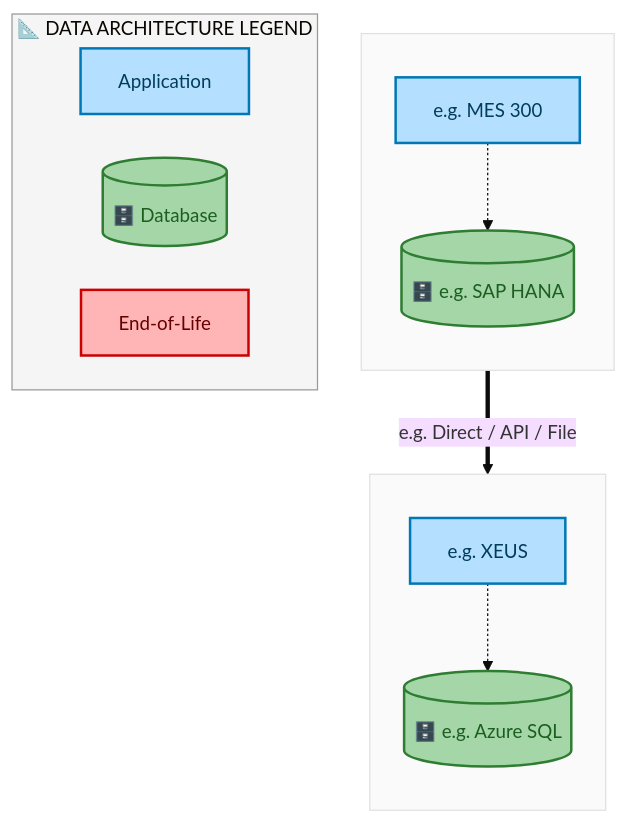
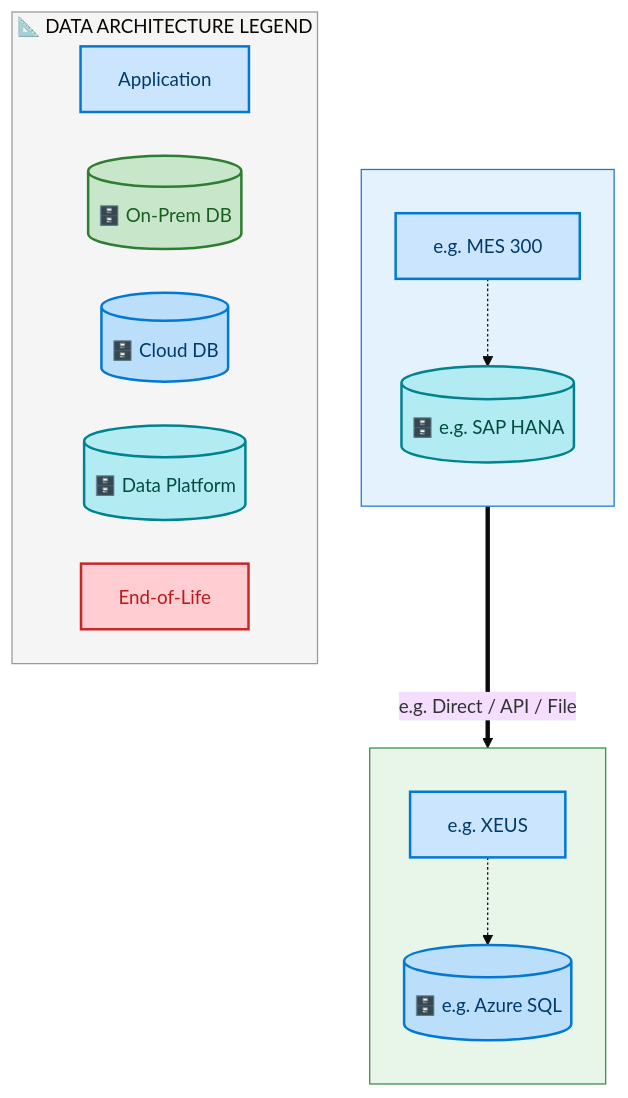
The sixth of 10 diagrams in towers/E2E/Forecast to Stock/E2E-67/output/docs/systems-architecture/E2E-67-Architecture.md (sajivfrancis777/IAO-Architecture), drawn with Mermaid before and after one commit. The commit also changed other lines of this file and 394 other files, not shown here.

First line of the commit message:
feat: structured layer ordering for Mermaid architecture diagrams

````diff
--- a/towers/E2E/Forecast to Stock/E2E-67/output/docs/systems-architecture/E2E-67-Architecture.md
+++ b/towers/E2E/Forecast to Stock/E2E-67/output/docs/systems-architecture/E2E-67-Architecture.md
@@ -453,33 +457,37 @@
 ```mermaid
 %%{init: {"theme": "base", "securityLevel": "loose", "themeVariables": {"fontSize": "15px", "fontFamily": "Segoe UI, Arial"}, "flowchart": {"useMaxWidth": false, "htmlLabels": true, "nodeSpacing": 35, "rankSpacing": 45}} }%%
 flowchart TB
-    classDef appBox fill:#B5DFFF,stroke:#0077B6,stroke-width:2px,color:#003D5B
-    classDef dbCyl fill:#A5D6A7,stroke:#2E7D32,stroke-width:2px,color:#1B5E20
-    classDef eolBox fill:#FFB5B5,stroke:#CC0000,stroke-width:2px,color:#660000
+    classDef appBox fill:#CCE5FF,stroke:#0078D4,stroke-width:2px,color:#003A6C
+    classDef dbCyl fill:#C8E6C9,stroke:#2E7D32,stroke-width:2px,color:#1B5E20
+    classDef dbCloud fill:#BBDEFB,stroke:#0078D4,stroke-width:2px,color:#003A6C
+    classDef dbData fill:#B2EBF2,stroke:#00838F,stroke-width:2px,color:#004D40
+    classDef eolBox fill:#FFCDD2,stroke:#C62828,stroke-width:2px,color:#B71C1C
 
     subgraph E2E67FDACL_e_g_Azure_SQL[" "]
         direction TB
         E2E67FDAA_e_g_XEUS["e.g. XEUS"]:::appBox
-        E2E67FDAD_e_g_Azure_SQL[("🗄️ e.g. Azure SQL")]:::dbCyl
+        E2E67FDAD_e_g_Azure_SQL[("🗄️ e.g. Azure SQL")]:::dbCloud
         E2E67FDAA_e_g_XEUS -.-> E2E67FDAD_e_g_Azure_SQL
     end
-    style E2E67FDACL_e_g_Azure_SQL fill:#FAFAFA,stroke:#E0E0E0,stroke-width:1px
+    style E2E67FDACL_e_g_Azure_SQL fill:#E8F5E9,stroke:#388E3C,stroke-width:1px
 
     subgraph E2E67FDACL_e_g_SAP_HANA[" "]
         direction TB
         E2E67FDAA_e_g_MES_300["e.g. MES 300"]:::appBox
-        E2E67FDAD_e_g_SAP_HANA[("🗄️ e.g. SAP HANA")]:::dbCyl
+        E2E67FDAD_e_g_SAP_HANA[("🗄️ e.g. SAP HANA")]:::dbData
         E2E67FDAA_e_g_MES_300 -.-> E2E67FDAD_e_g_SAP_HANA
     end
-    style E2E67FDACL_e_g_SAP_HANA fill:#FAFAFA,stroke:#E0E0E0,stroke-width:1px
+    style E2E67FDACL_e_g_SAP_HANA fill:#E3F2FD,stroke:#1976D2,stroke-width:1px
 
     E2E67FDAD_e_g_SAP_HANA ==>|"e.g. Direct / API / File"| E2E67FDAD_e_g_Azure_SQL
 
     subgraph Legend["📐 DATA ARCHITECTURE LEGEND"]
         direction LR
         L_A["Application"]:::appBox
-        L_D[("🗄️ Database")]:::dbCyl
+        L_D[("🗄️ On-Prem DB")]:::dbCyl
+        L_DC[("🗄️ Cloud DB")]:::dbCloud
+        L_DD[("🗄️ Data Platform")]:::dbData
         L_E["End-of-Life"]:::eolBox
     end
     style Legend fill:#F5F5F5,stroke:#999,stroke-width:1px
 ```
````
